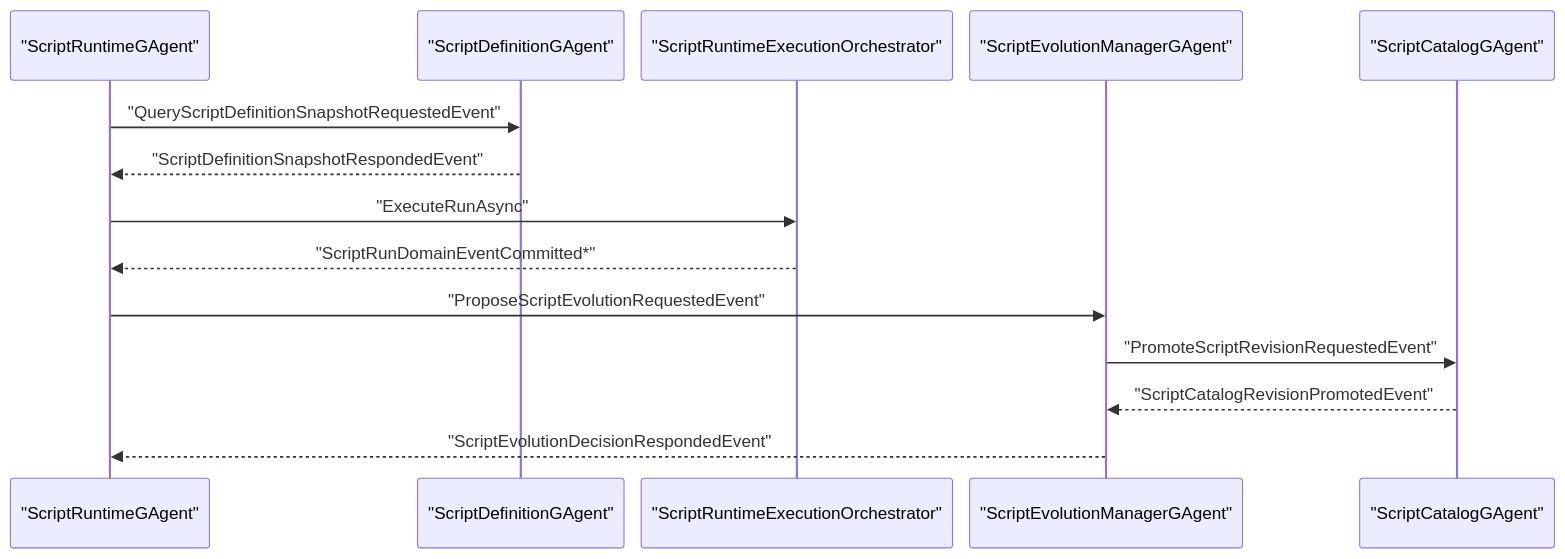
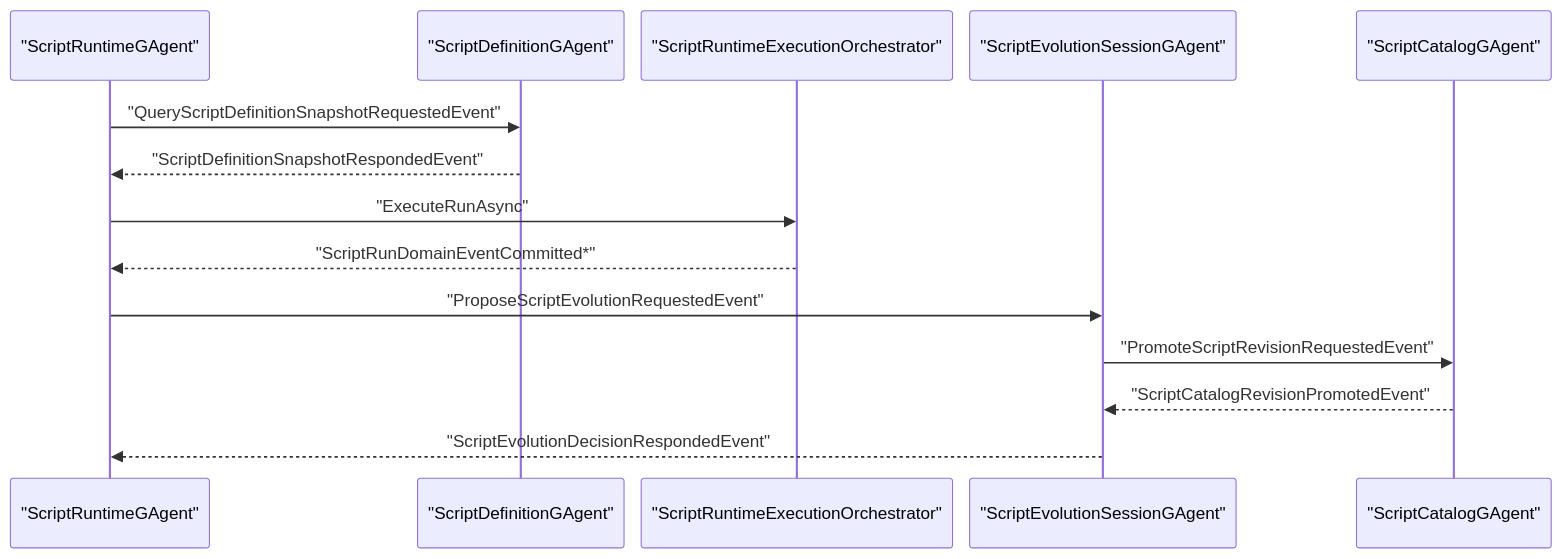
Before and after one commit to aevatarAI/aevatar: the second of 2 diagrams in docs/SCRIPTING_ARCHITECTURE.md, drawn with Mermaid. The commit also changed other lines of this file and 21 other files, not shown here.

````diff
--- a/docs/SCRIPTING_ARCHITECTURE.md
+++ b/docs/SCRIPTING_ARCHITECTURE.md
@@ -153,19 +162,19 @@
 ```mermaid
 %%{init: {"maxTextSize": 100000, "flowchart": {"useMaxWidth": false, "nodeSpacing": 10, "rankSpacing": 50}, "sequence": {"useMaxWidth": false, "actorMargin": 16, "messageMargin": 12, "diagramMarginX": 20, "diagramMarginY": 10}, "themeVariables": {"fontSize": "10px"}}}%%
 sequenceDiagram
     participant RT as "ScriptRuntimeGAgent"
     participant DEF as "ScriptDefinitionGAgent"
     participant ORC as "ScriptRuntimeExecutionOrchestrator"
-    participant EVO as "ScriptEvolutionManagerGAgent"
+    participant EVO as "ScriptEvolutionSessionGAgent"
     participant CAT as "ScriptCatalogGAgent"
 
     RT->>DEF: "QueryScriptDefinitionSnapshotRequestedEvent"
     DEF-->>RT: "ScriptDefinitionSnapshotRespondedEvent"
     RT->>ORC: "ExecuteRunAsync"
     ORC-->>RT: "ScriptRunDomainEventCommitted*"
 
     RT->>EVO: "ProposeScriptEvolutionRequestedEvent"
     EVO->>CAT: "PromoteScriptRevisionRequestedEvent"
     CAT-->>EVO: "ScriptCatalogRevisionPromotedEvent"
     EVO-->>RT: "ScriptEvolutionDecisionRespondedEvent"
 ```
````
